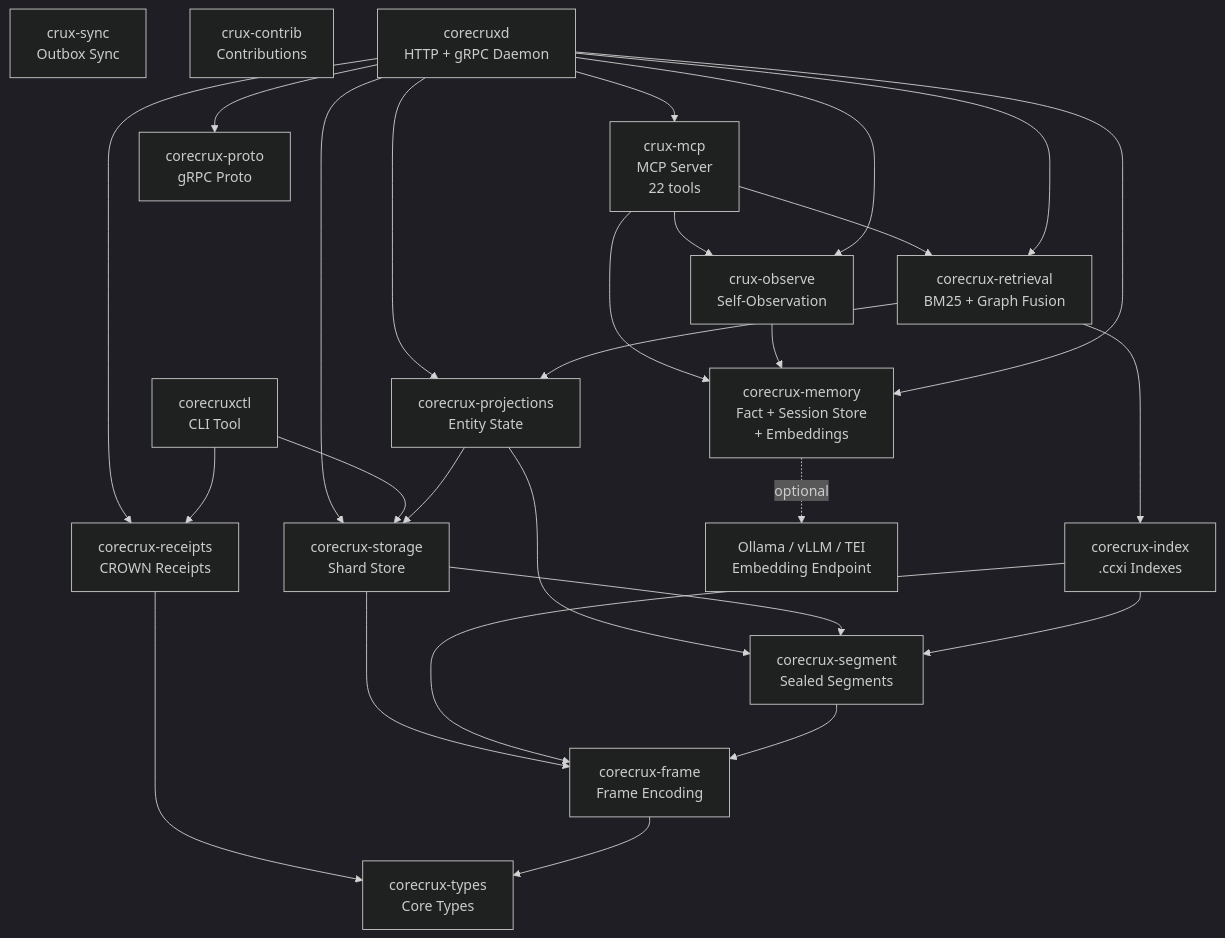
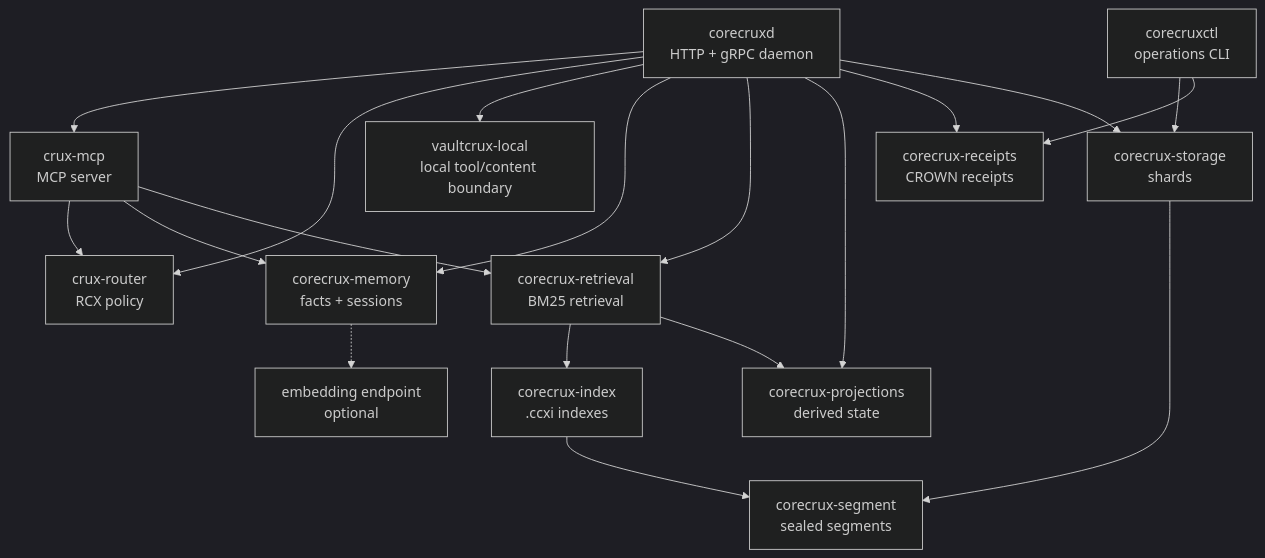
One commit to CueCrux/Crux changed the diagram in README.md. Above: the diagram before and after it, drawn with Mermaid (dark theme). The commit also changed other lines of this file and 99 other files, not shown here.

First line of the commit message:
[codex] Crux Daemon v2 docs and CI alignment (#63)

````diff
--- a/README.md
+++ b/README.md
@@ -268,47 +351,35 @@
 ```mermaid
 graph TD
-    cruxmcp[crux-mcp<br/>MCP Server<br/>22 tools]
-    observe[crux-observe<br/>Self-Observation]
-    sync[crux-sync<br/>Outbox Sync]
-    contrib[crux-contrib<br/>Contributions]
-    corecruxd[corecruxd<br/>HTTP + gRPC Daemon]
-    corecruxctl[corecruxctl<br/>CLI Tool]
-    retrieval[corecrux-retrieval<br/>BM25 + Graph Fusion]
-    memory[corecrux-memory<br/>Fact + Session Store<br/>+ Embeddings]
-    projections[corecrux-projections<br/>Entity State]
-    receipts[corecrux-receipts<br/>CROWN Receipts]
-    storage[corecrux-storage<br/>Shard Store]
-    index[corecrux-index<br/>.ccxi Indexes]
-    segment[corecrux-segment<br/>Sealed Segments]
-    frame[corecrux-frame<br/>Frame Encoding]
-    types[corecrux-types<br/>Core Types]
-    proto[corecrux-proto<br/>gRPC Proto]
-    ollama[Ollama / vLLM / TEI<br/>Embedding Endpoint]
+    mcp[crux-mcp<br/>MCP server]
+    daemon[corecruxd<br/>HTTP + gRPC daemon]
+    ctl[corecruxctl<br/>operations CLI]
+    router[crux-router<br/>RCX policy]
+    vault[vaultcrux-local<br/>local tool/content boundary]
+    memory[corecrux-memory<br/>facts + sessions]
+    retrieval[corecrux-retrieval<br/>BM25 retrieval]
+    projections[corecrux-projections<br/>derived state]
+    receipts[corecrux-receipts<br/>CROWN receipts]
+    storage[corecrux-storage<br/>shards]
+    segment[corecrux-segment<br/>sealed segments]
+    index[corecrux-index<br/>.ccxi indexes]
+    embeddings[embedding endpoint<br/>optional]
 
-    cruxmcp --> memory
-    cruxmcp --> retrieval
-    cruxmcp --> observe
-    observe --> memory
-    corecruxd --> cruxmcp
-    corecruxd --> observe
-    corecruxd --> memory
-    corecruxd --> retrieval
-    corecruxd --> projections
-    corecruxd --> receipts
-    corecruxd --> storage
-    corecruxd --> proto
-    corecruxctl --> storage
-    corecruxctl --> receipts
+    daemon --> mcp
+    daemon --> router
+    daemon --> vault
+    daemon --> memory
+    daemon --> retrieval
+    daemon --> projections
+    daemon --> receipts
+    daemon --> storage
+    ctl --> storage
+    ctl --> receipts
+    mcp --> router
+    mcp --> memory
+    mcp --> retrieval
     retrieval --> index
     retrieval --> projections
-    projections --> storage
-    projections --> segment
     storage --> segment
-    storage --> frame
     index --> segment
-    index --> frame
-    segment --> frame
-    receipts --> types
-    frame --> types
-    memory -.->|optional| ollama
+    memory -.-> embeddings
 ```
````
